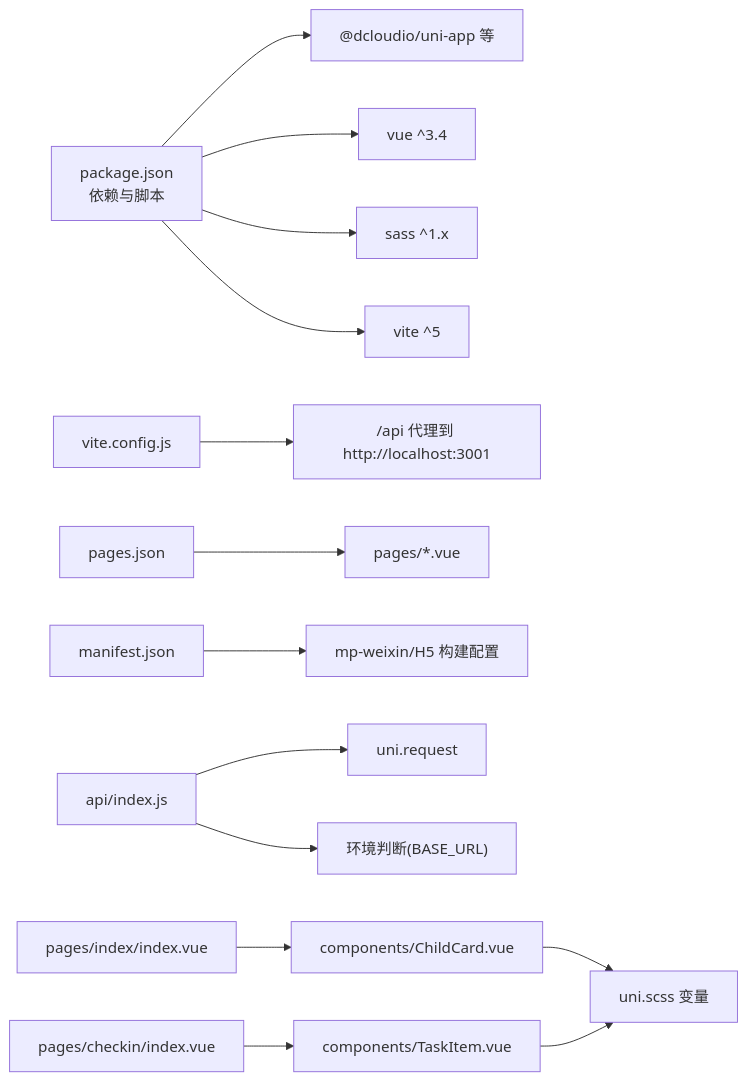
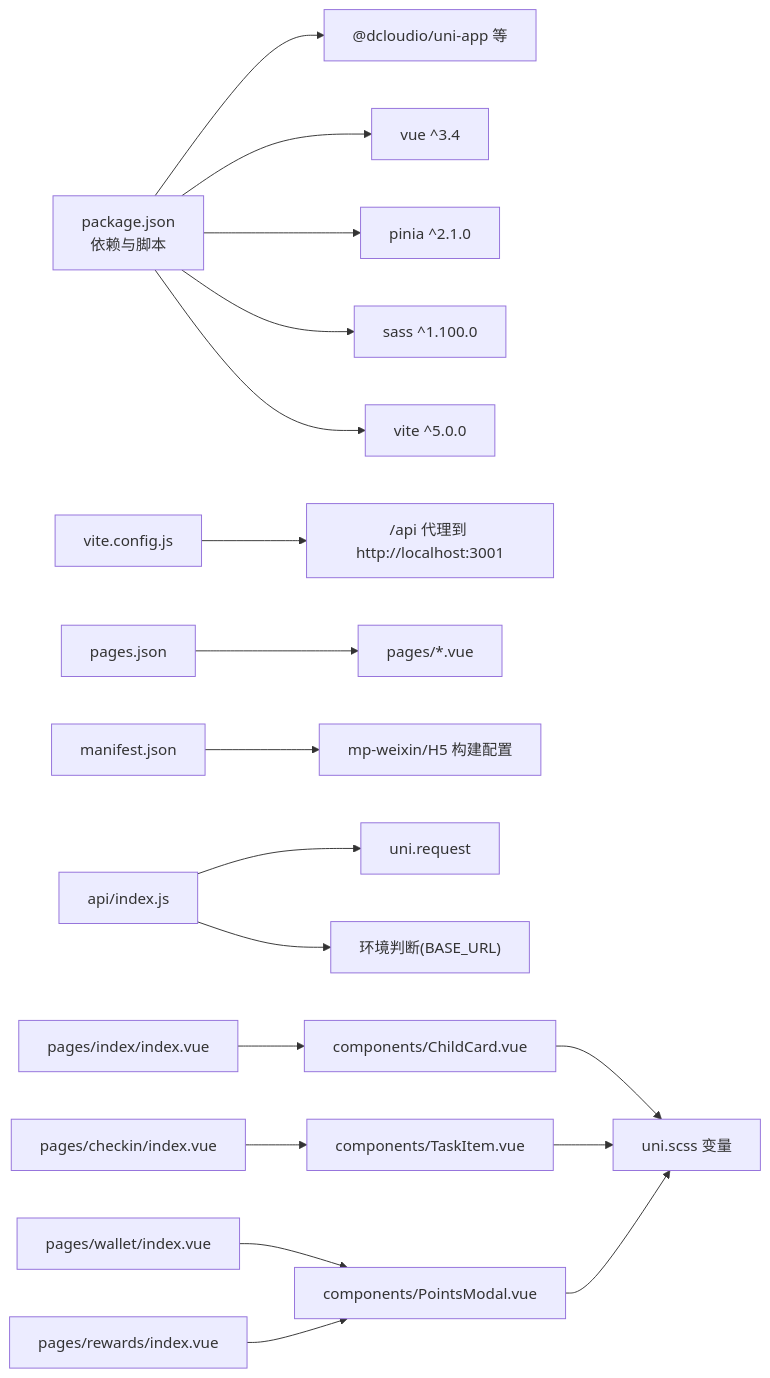
One commit to dawny123123/StarParadise changed the seventh of 7 diagrams in .qoder/repowiki/zh/content/前端应用架构/小程序端/小程序端.md. Above: the diagram before and after it, drawn with Mermaid. The commit also changed other lines of this file and 229 other files, not shown here.

````diff
--- a/.qoder/repowiki/zh/content/前端应用架构/小程序端/小程序端.md
+++ b/.qoder/repowiki/zh/content/前端应用架构/小程序端/小程序端.md
@@ -361,16 +452,20 @@
 ```mermaid
 graph LR
 Pkg["package.json<br/>依赖与脚本"] --> Uni["@dcloudio/uni-app 等"]
 Pkg --> Vue["vue ^3.4"]
-Pkg --> Sass["sass ^1.x"]
-Pkg --> Vite["vite ^5"]
+Pkg --> Pinia["pinia ^2.1.0"]
+Pkg --> Sass["sass ^1.100.0"]
+Pkg --> Vite["vite ^5.0.0"]
 ViteCfg["vite.config.js"] --> Proxy["/api 代理到 http://localhost:3001"]
 PagesJSON["pages.json"] --> Pages["pages/*.vue"]
 Manifest["manifest.json"] --> Build["mp-weixin/H5 构建配置"]
 API["api/index.js"] --> Net["uni.request"]
 API --> Env["环境判断(BASE_URL)"]
 CompCC["components/ChildCard.vue"] --> Style["uni.scss 变量"]
 CompTI["components/TaskItem.vue"] --> Style
+CompPM["components/PointsModal.vue"] --> Style
 PageIdx["pages/index/index.vue"] --> CompCC
 PageChk["pages/checkin/index.vue"] --> CompTI
+PageWallet["pages/wallet/index.vue"] --> CompPM
+PageRewards["pages/rewards/index.vue"] --> CompPM
 ```
````
